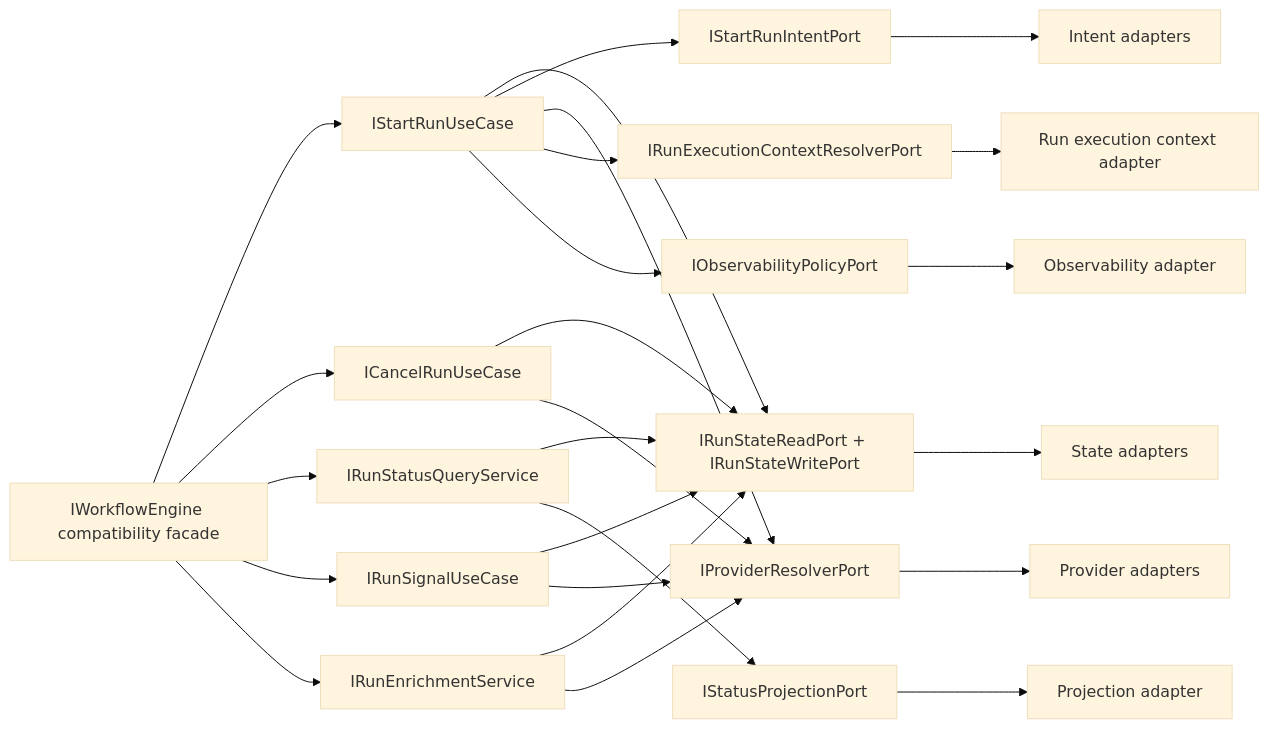
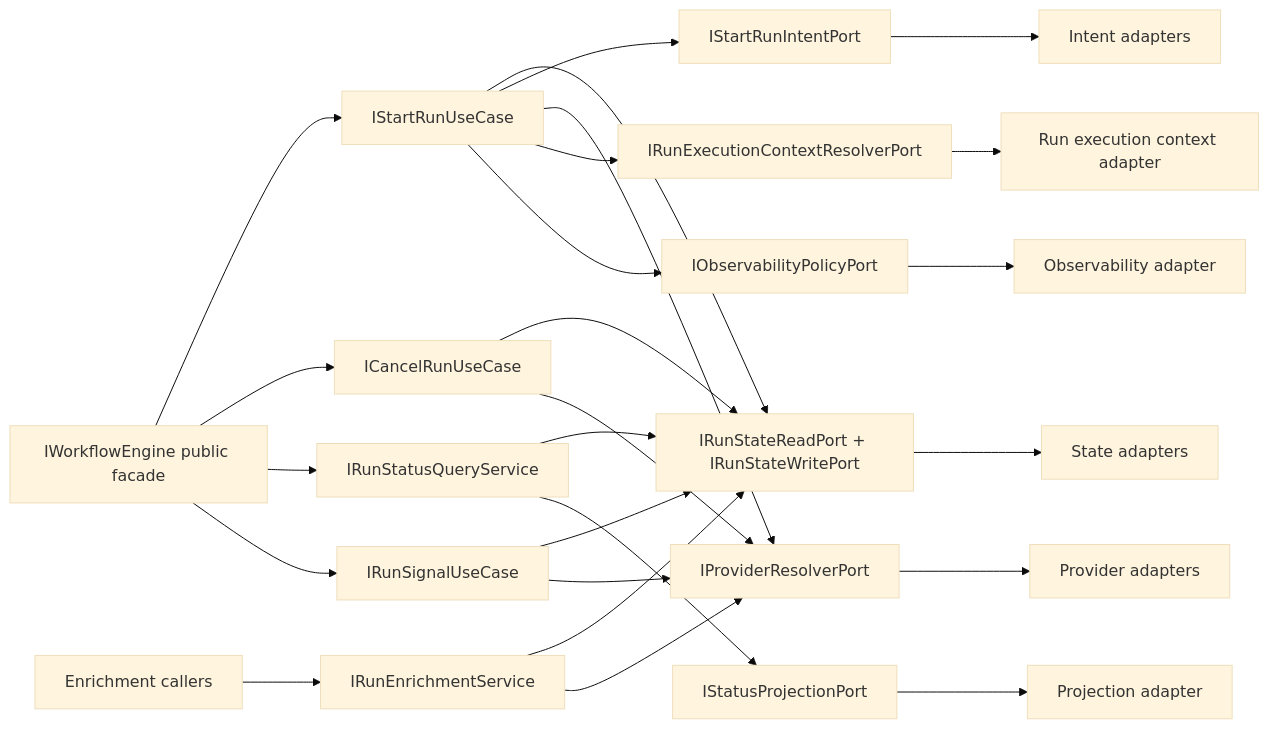
The first of 7 diagrams in docs/architecture/components/engine/architecture/workflow-engine-target-architecture.v1.md (dunay2/dvt), drawn with Mermaid (base theme) before and after one commit. The commit also changed other lines of this file and 39 other files, not shown here.

Commit message:
refactor(engine): Split run enrichment out of engine facade

````diff
--- a/docs/architecture/components/engine/architecture/workflow-engine-target-architecture.v1.md
+++ b/docs/architecture/components/engine/architecture/workflow-engine-target-architecture.v1.md
@@ -40,30 +41,30 @@
 ```mermaid
 flowchart LR
-  Facade["IWorkflowEngine compatibility facade"] --> U1["IStartRunUseCase"]
+  Facade["IWorkflowEngine public facade"] --> U1["IStartRunUseCase"]
   Facade --> U2["ICancelRunUseCase"]
   Facade --> U3["IRunStatusQueryService"]
   Facade --> U4["IRunSignalUseCase"]
-  Facade --> U5["IRunEnrichmentService"]
+  Caller["Enrichment callers"] --> U5["IRunEnrichmentService"]
 
   U1 --> P1["IRunStateReadPort + IRunStateWritePort"]
   U1 --> P2["IStartRunIntentPort"]
   U1 --> P3["IProviderResolverPort"]
   U1 --> P4["IRunExecutionContextResolverPort"]
   U1 --> P5["IObservabilityPolicyPort"]
 
   U2 --> P1
   U2 --> P3
   U3 --> P1
   U3 --> P6["IStatusProjectionPort"]
   U4 --> P1
   U4 --> P3
   U5 --> P1
   U5 --> P3
 
   P1 --> Ad1["State adapters"]
   P2 --> Ad2["Intent adapters"]
   P3 --> Ad3["Provider adapters"]
   P4 --> Ad4["Run execution context adapter"]
   P5 --> Ad5["Observability adapter"]
   P6 --> Ad6["Projection adapter"]
 ```
````
